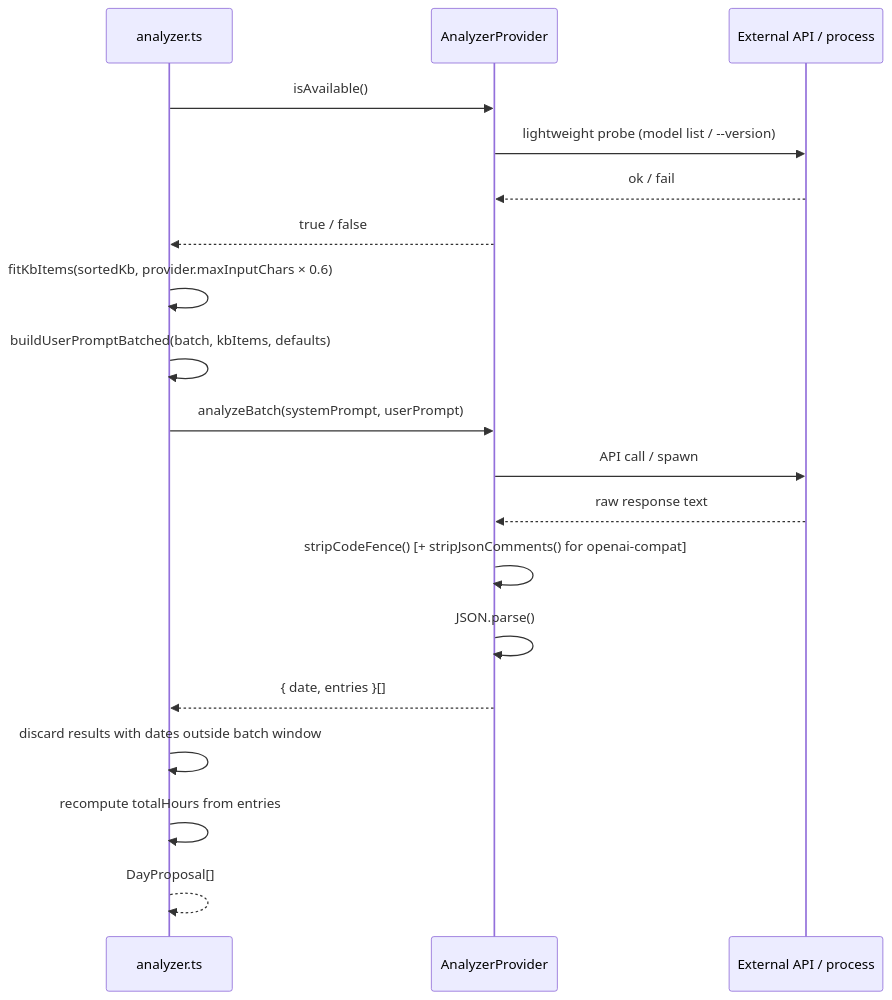
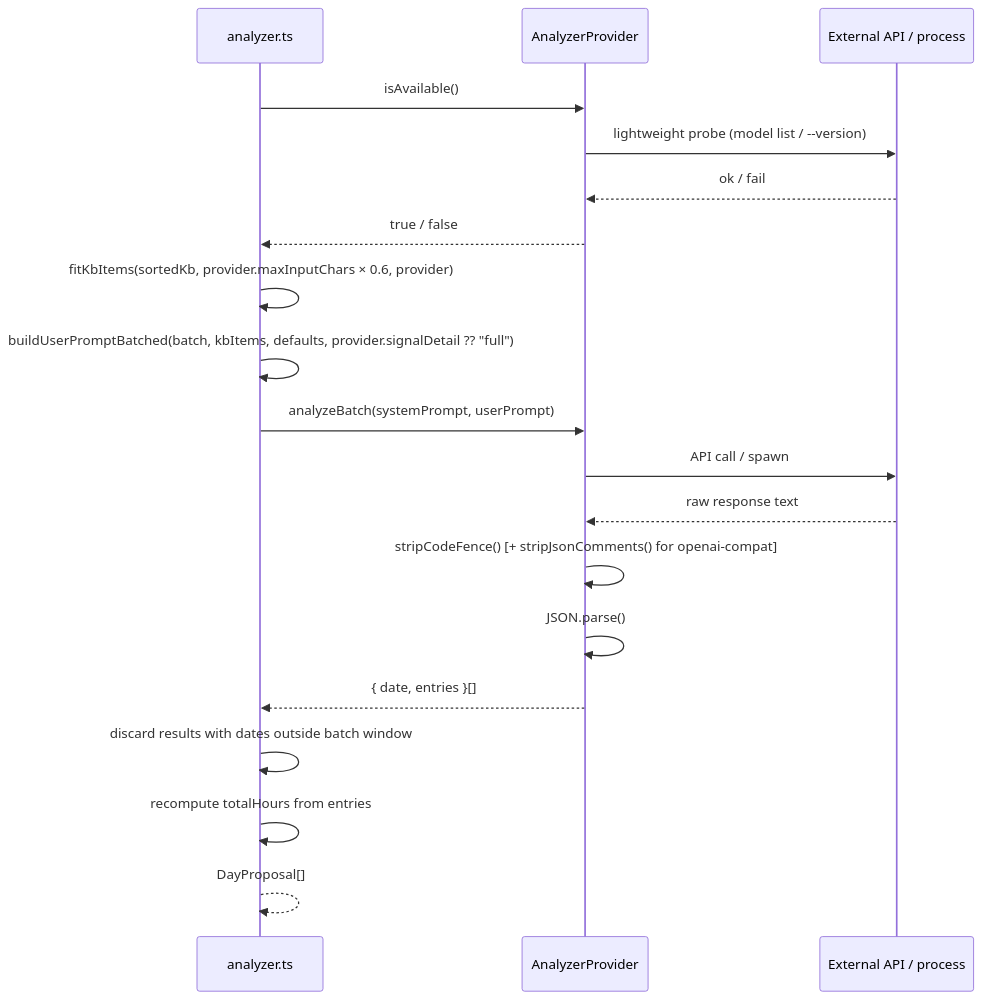
One commit to shinjigi/my_ms_graph_api_collector changed the sixth of 10 diagrams in docs/AI-ANALYSIS.md. Above: the diagram before and after it, drawn with Mermaid. The commit also changed other lines of this file and 15 other files, not shown here.

````diff
--- a/docs/AI-ANALYSIS.md
+++ b/docs/AI-ANALYSIS.md
@@ -271,25 +320,25 @@
 ```mermaid
 sequenceDiagram
     participant ORC as analyzer.ts
     participant P   as AnalyzerProvider
     participant EXT as External API / process
 
     ORC->>P: isAvailable()
     P->>EXT: lightweight probe (model list / --version)
     EXT-->>P: ok / fail
     P-->>ORC: true / false
 
-    ORC->>ORC: fitKbItems(sortedKb, provider.maxInputChars × 0.6)
-    ORC->>ORC: buildUserPromptBatched(batch, kbItems, defaults)
+    ORC->>ORC: fitKbItems(sortedKb, provider.maxInputChars × 0.6, provider)
+    ORC->>ORC: buildUserPromptBatched(batch, kbItems, defaults, provider.signalDetail ?? "full")
 
     ORC->>P: analyzeBatch(systemPrompt, userPrompt)
     P->>EXT: API call / spawn
     EXT-->>P: raw response text
     P->>P: stripCodeFence() [+ stripJsonComments() for openai-compat]
     P->>P: JSON.parse()
     P-->>ORC: { date, entries }[]
 
     ORC->>ORC: discard results with dates outside batch window
     ORC->>ORC: recompute totalHours from entries
     ORC-->>ORC: DayProposal[]
 ```
````
